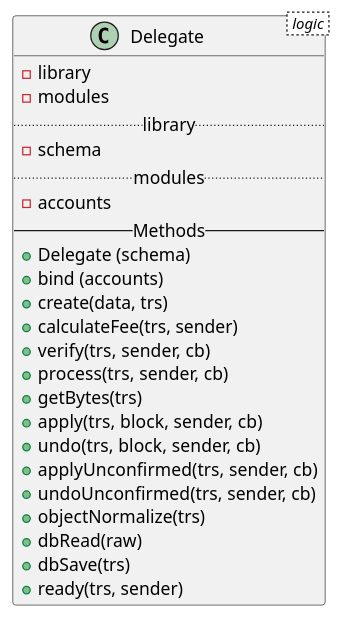
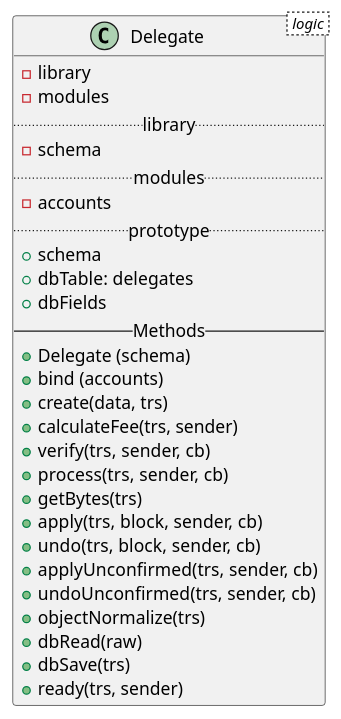
One commit to LucasIsasmendi/lisk-core-plantuml changed the diagram in class/classes/logic/delegate.puml. Above: the diagram before and after it, drawn with PlantUML. The commit also changed 14 other files, not shown here.

```diff
--- a/class/classes/logic/delegate.puml
+++ b/class/classes/logic/delegate.puml
@@ -1,26 +1,30 @@
 @startuml
 class Delegate < logic > {
   - library
   - modules
   .. library ..
   - schema
   .. modules ..
   - accounts
+  .. prototype ..
+  + schema
+  + dbTable: delegates
+  + dbFields
   -- Methods --
   + Delegate (schema)
   + bind (accounts)
   + create(data, trs)
   + calculateFee(trs, sender)
   + verify(trs, sender, cb)
   + process(trs, sender, cb)
   + getBytes(trs)
   + apply(trs, block, sender, cb)
   + undo(trs, block, sender, cb)
   + applyUnconfirmed(trs, sender, cb)
   + undoUnconfirmed(trs, sender, cb)
   + objectNormalize(trs)
   + dbRead(raw)
   + dbSave(trs)
   + ready(trs, sender)
 }
 @endtuml
```
